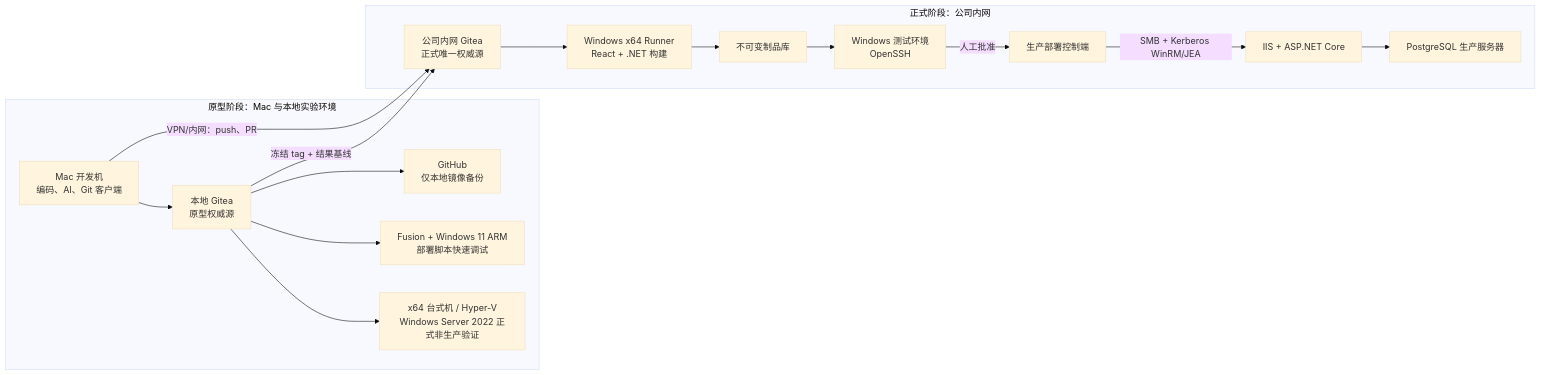
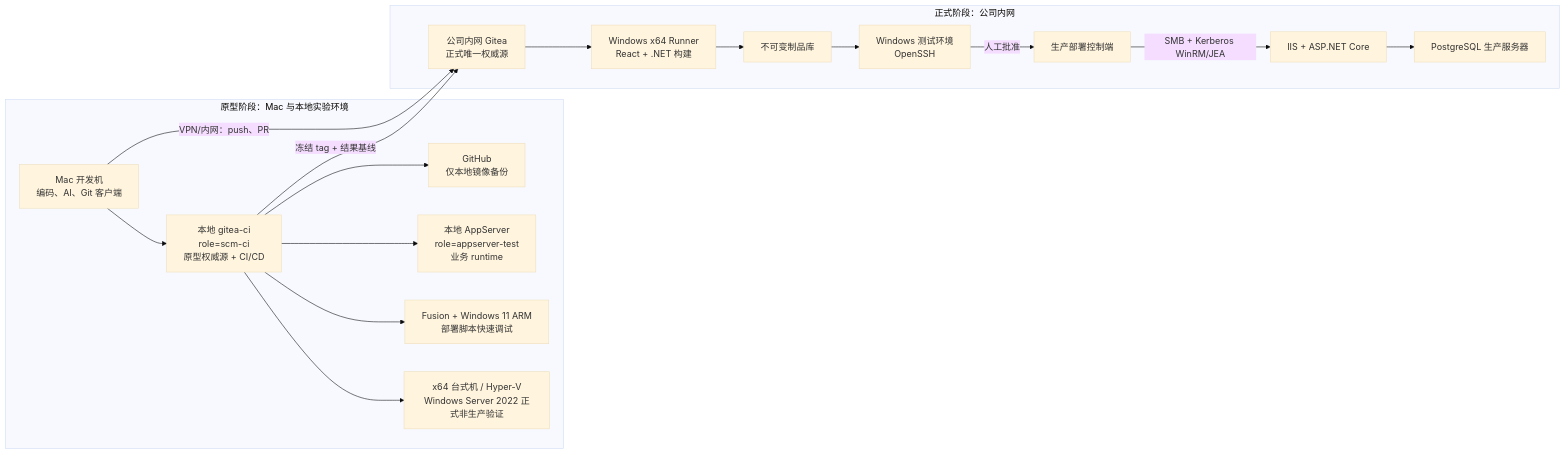
The diagram in 07-内网与生产平移路线.md (BenQue/AIGitea), drawn with Mermaid (base theme) before and after one commit. The commit also changed other lines of this file and 7 other files, not shown here.

Commit message:
docs(platform): separate scm and app server roles

````diff
--- a/07-内网与生产平移路线.md
+++ b/07-内网与生产平移路线.md
@@ -20,31 +20,33 @@
 ```mermaid
 flowchart LR
     subgraph LAB["原型阶段：Mac 与本地实验环境"]
         MAC["Mac 开发机<br/>编码、AI、Git 客户端"]
-        LG["本地 Gitea<br/>原型权威源"]
+        LG["本地 gitea-ci<br/>role=scm-ci<br/>原型权威源 + CI/CD"]
         GH["GitHub<br/>仅本地镜像备份"]
+        LAPP["本地 AppServer<br/>role=appserver-test<br/>业务 runtime"]
         ARM["Fusion + Windows 11 ARM<br/>部署脚本快速调试"]
         LWIN["x64 台式机 / Hyper-V<br/>Windows Server 2022 正式非生产验证"]
         MAC --> LG
         LG --> GH
+        LG --> LAPP
         LG --> ARM
         LG --> LWIN
     end
 
     LG -->|"冻结 tag + 结果基线"| CG["公司内网 Gitea<br/>正式唯一权威源"]
 
     subgraph CORP["正式阶段：公司内网"]
         WR["Windows x64 Runner<br/>React + .NET 构建"]
         PKG["不可变制品库"]
         TEST["Windows 测试环境<br/>OpenSSH"]
         CTRL["生产部署控制端"]
         WEB["IIS + ASP.NET Core"]
         DB["PostgreSQL 生产服务器"]
         CG --> WR --> PKG --> TEST
         TEST -->|"人工批准"| CTRL
         CTRL -->|"SMB + Kerberos WinRM/JEA"| WEB
         WEB --> DB
     end
 
     MAC -->|"VPN/内网：push、PR"| CG
 ```
````
